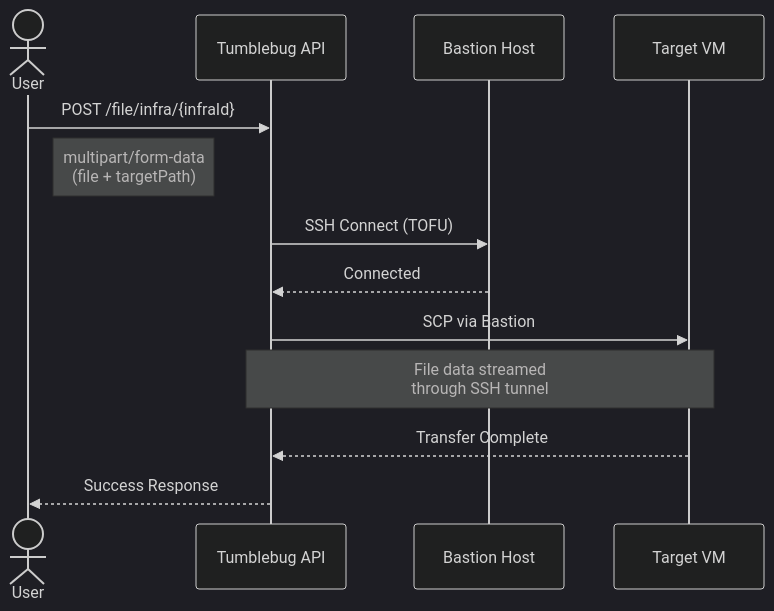
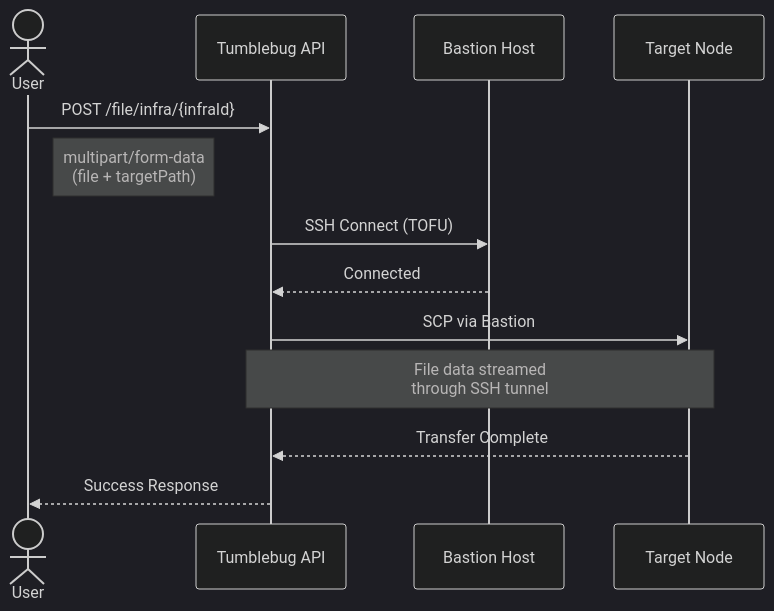
The third of 8 diagrams in docs/feature_guide/remote-command-and-file-transfer.md (cloud-barista/cb-tumblebug), drawn with Mermaid (dark theme) before and after one commit. The commit also changed other lines of this file and 81 other files, not shown here.

````diff
--- a/docs/feature_guide/remote-command-and-file-transfer.md
+++ b/docs/feature_guide/remote-command-and-file-transfer.md
@@ -152,19 +152,19 @@
 ```mermaid
 sequenceDiagram
     actor User
     participant API as Tumblebug API
     participant Bastion as Bastion Host
-    participant Target as Target VM
+    participant Target as Target Node
     
     User->>API: POST /file/infra/{infraId}
     Note right of User: multipart/form-data<br/>(file + targetPath)
     
     API->>Bastion: SSH Connect (TOFU)
     Bastion-->>API: Connected
     
     API->>Target: SCP via Bastion
     Note over API,Target: File data streamed<br/>through SSH tunnel
     
     Target-->>API: Transfer Complete
     API-->>User: Success Response
 ```
````
